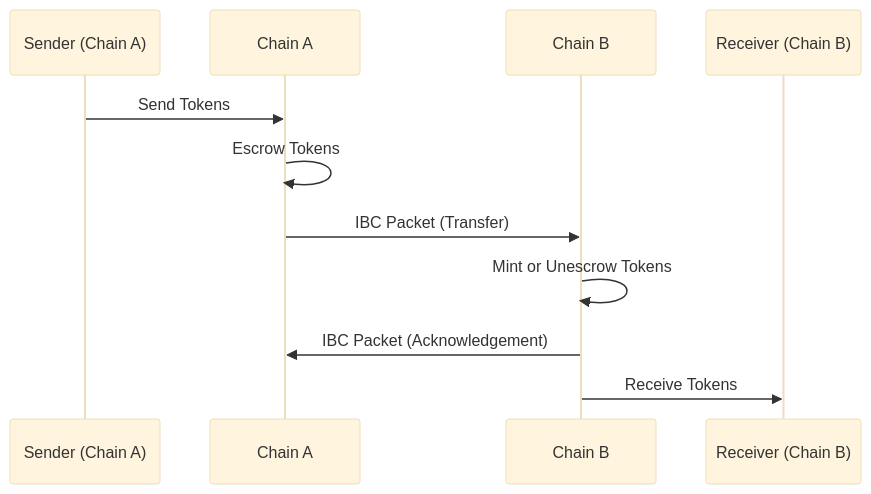
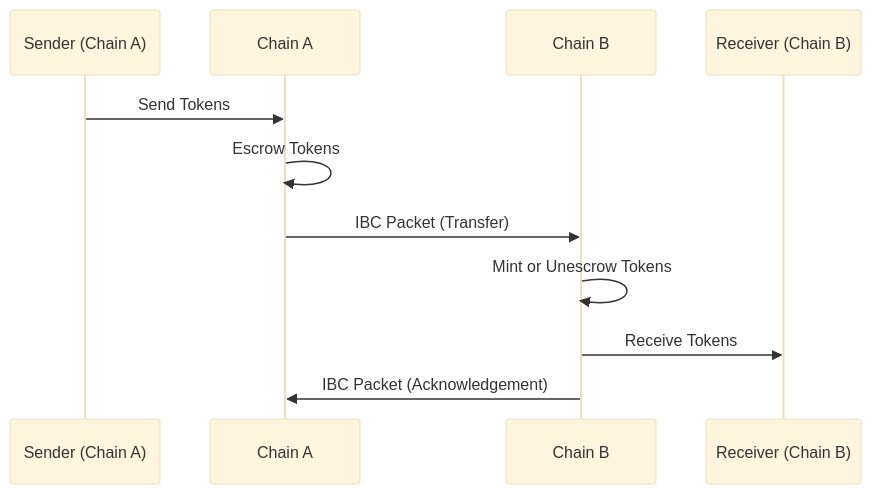
Before and after one commit to neutron-org/neutron-docs: the first of 4 diagrams in developers/modules/transfer/explanation.mdx, drawn with Mermaid (base theme). The commit also changed other lines of this file and 5 other files, not shown here.

````diff
--- a/developers/modules/transfer/explanation.mdx
+++ b/developers/modules/transfer/explanation.mdx
@@ -11,14 +11,14 @@
 ```mermaid
 sequenceDiagram
     participant Sender as Sender (Chain A)
     participant ChainA as Chain A
     participant ChainB as Chain B
     participant Receiver as Receiver (Chain B)
     
     Sender->>ChainA: Send Tokens
     ChainA->>ChainA: Escrow Tokens
     ChainA->>ChainB: IBC Packet (Transfer)
     ChainB->>ChainB: Mint or Unescrow Tokens
+    ChainB->>Receiver: Receive Tokens
     ChainB->>ChainA: IBC Packet (Acknowledgement)
-    ChainB->>Receiver: Receive Tokens
 ```
````
